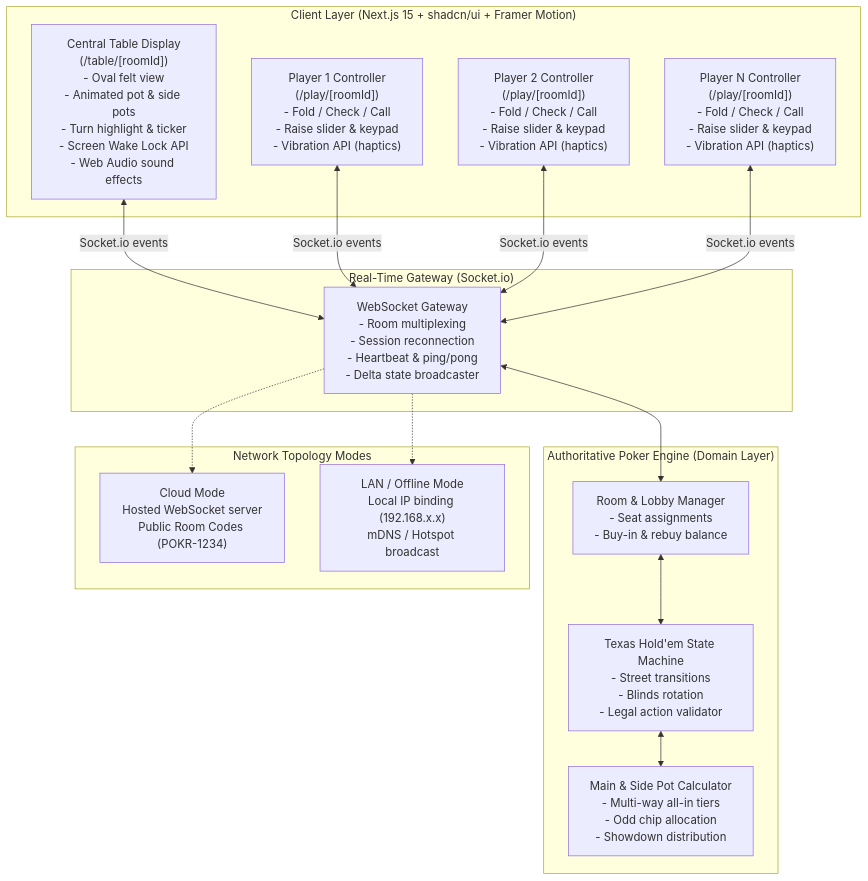
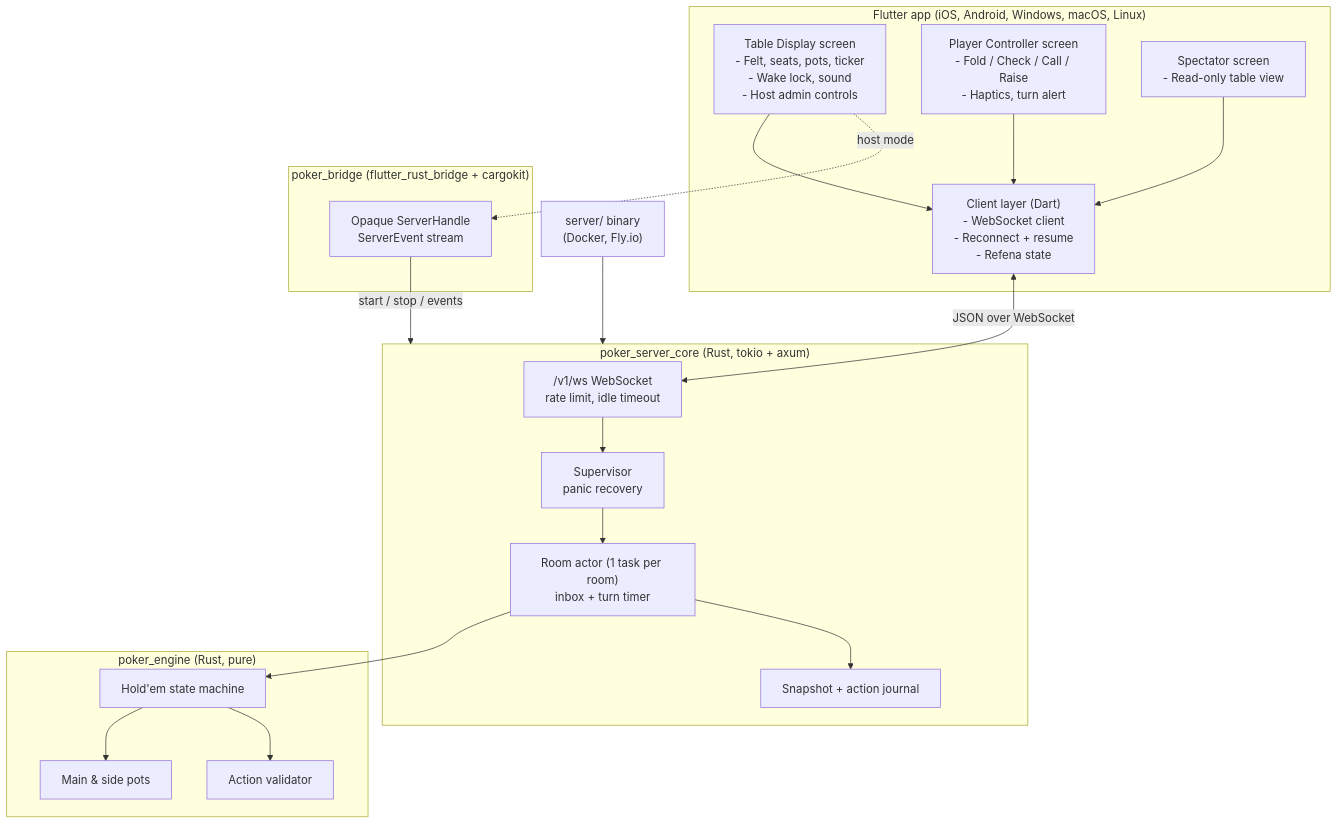
The first of 5 diagrams in docs/ARCHITECTURE.md (DimathJayasinghe/poker-credits), drawn with Mermaid before and after one commit. The commit also changed other lines of this file and 12 other files, not shown here.

First line of the commit message:
docs: pivot to Flutter + Rust with neo-brutalist UI and web-ready code

````diff
--- a/docs/ARCHITECTURE.md
+++ b/docs/ARCHITECTURE.md
@@ -17,39 +19,41 @@
 ```mermaid
 flowchart TD
-    subgraph ClientsLayer ["Client Layer (Next.js 15 + shadcn/ui + Framer Motion)"]
-        TableClient["Central Table Display\n(/table/[roomId])\n- Oval felt view\n- Animated pot & side pots\n- Turn highlight & ticker\n- Screen Wake Lock API\n- Web Audio sound effects"]
-        
-        Player1["Player 1 Controller\n(/play/[roomId])\n- Fold / Check / Call\n- Raise slider & keypad\n- Vibration API (haptics)"]
-        Player2["Player 2 Controller\n(/play/[roomId])\n- Fold / Check / Call\n- Raise slider & keypad\n- Vibration API (haptics)"]
-        PlayerN["Player N Controller\n(/play/[roomId])\n- Fold / Check / Call\n- Raise slider & keypad\n- Vibration API (haptics)"]
+    subgraph Apps ["Flutter app (iOS, Android, Windows, macOS, Linux)"]
+        TableUI["Table Display screen\n- Felt, seats, pots, ticker\n- Wake lock, sound\n- Host admin controls"]
+        PlayerUI["Player Controller screen\n- Fold / Check / Call / Raise\n- Haptics, turn alert"]
+        SpecUI["Spectator screen\n- Read-only table view"]
+        Net["Client layer (Dart)\n- WebSocket client\n- Reconnect + resume\n- Refena state"]
     end
 
-    subgraph RealTimeLayer ["Real-Time Gateway (Socket.io)"]
-        WsGateway["WebSocket Gateway\n- Room multiplexing\n- Session reconnection\n- Heartbeat & ping/pong\n- Delta state broadcaster"]
+    subgraph Bridge ["poker_bridge (flutter_rust_bridge + cargokit)"]
+        FRB["Opaque ServerHandle\nServerEvent stream"]
     end
 
-    subgraph CoreEngineLayer ["Authoritative Poker Engine (Domain Layer)"]
-        RoomMgr["Room & Lobby Manager\n- Seat assignments\n- Buy-in & rebuy balance"]
-        
-        StateEngine["Texas Hold'em State Machine\n- Street transitions\n- Blinds rotation\n- Legal action validator"]
-        
-        PotEngine["Main & Side Pot Calculator\n- Multi-way all-in tiers\n- Odd chip allocation\n- Showdown distribution"]
+    subgraph Core ["poker_server_core (Rust, tokio + axum)"]
+        WS["/v1/ws WebSocket\nrate limit, idle timeout"]
+        Sup["Supervisor\npanic recovery"]
+        Room["Room actor (1 task per room)\ninbox + turn timer"]
+        Store["Snapshot + action journal"]
     end
 
-    subgraph ConnectivityModes ["Network Topology Modes"]
-        CloudMode["Cloud Mode\nHosted WebSocket server\nPublic Room Codes (POKR-1234)"]
-        LanMode["LAN / Offline Mode\nLocal IP binding (192.168.x.x)\nmDNS / Hotspot broadcast"]
+    subgraph Engine ["poker_engine (Rust, pure)"]
+        SM["Hold'em state machine"]
+        Pots["Main & side pots"]
+        Val["Action validator"]
     end
 
-    TableClient <-->|Socket.io events| WsGateway
-    Player1 <-->|Socket.io events| WsGateway
-    Player2 <-->|Socket.io events| WsGateway
-    PlayerN <-->|Socket.io events| WsGateway
+    Cloud["server/ binary\n(Docker, Fly.io)"]
 
-    WsGateway <--> RoomMgr
-    RoomMgr <--> StateEngine
-    StateEngine <--> PotEngine
-
-    WsGateway -.-> CloudMode
-    WsGateway -.-> LanMode
+    TableUI --> Net
+    PlayerUI --> Net
+    SpecUI --> Net
+    Net <-->|JSON over WebSocket| WS
+    FRB -->|start / stop / events| Core
+    TableUI -. host mode .-> FRB
+    WS --> Sup --> Room
+    Room --> SM
+    SM --> Pots
+    SM --> Val
+    Room --> Store
+    Cloud --> Core
 ```
````
